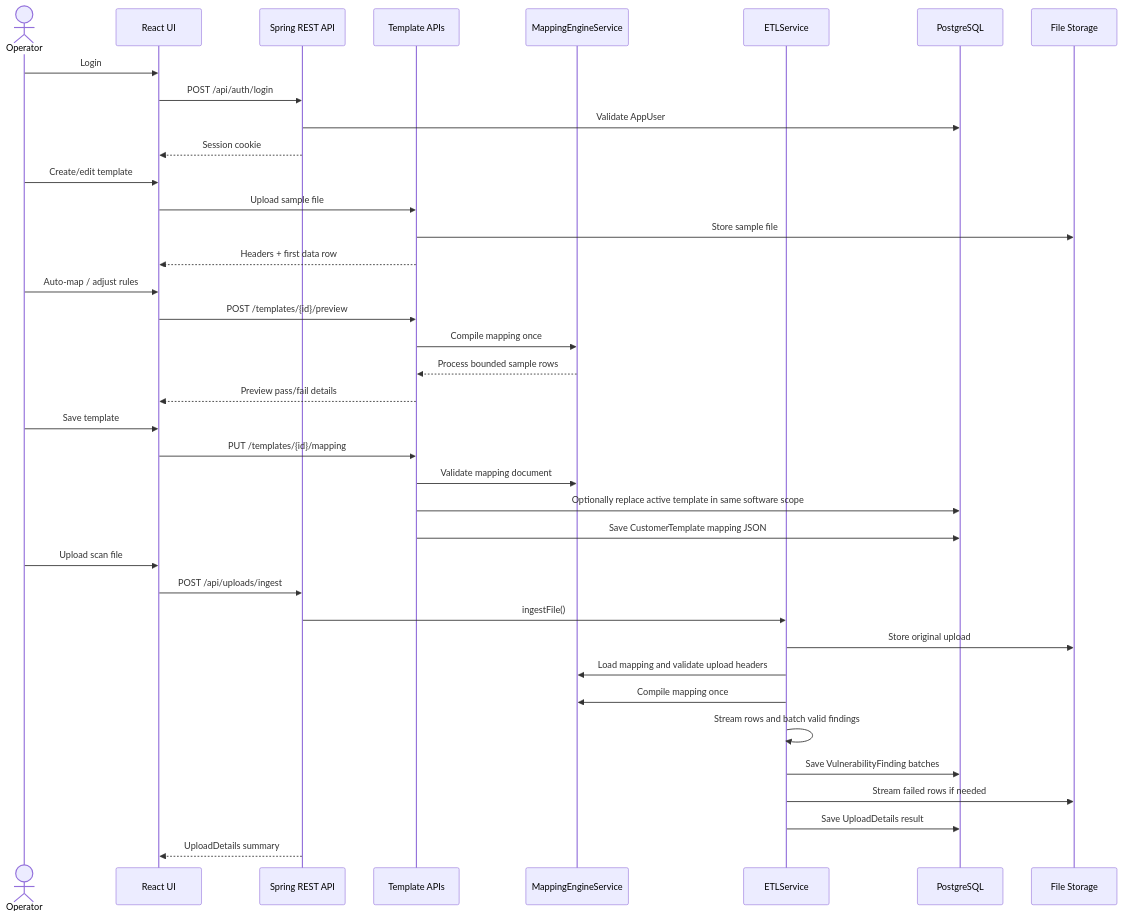
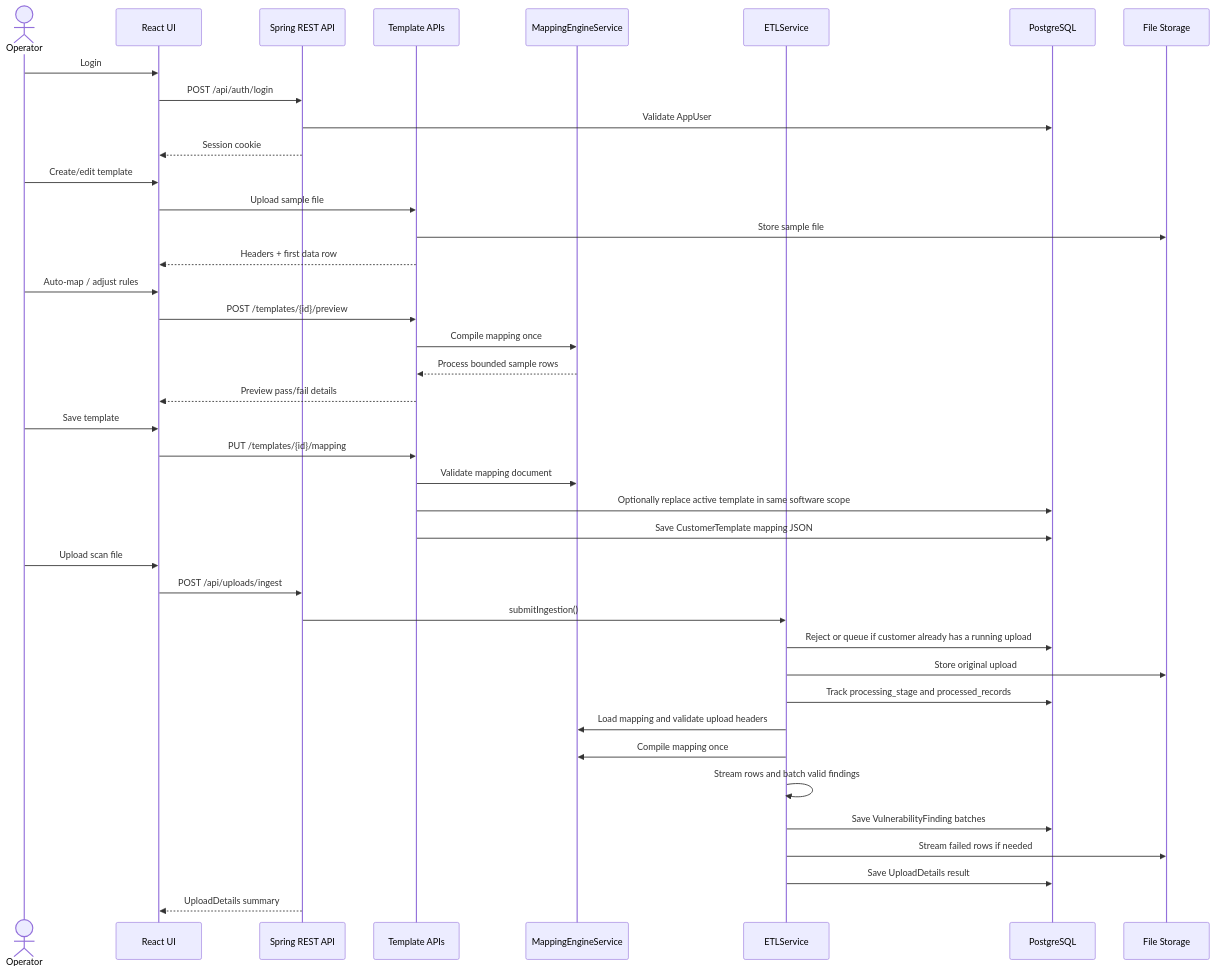
Before and after one commit to selva-czs/SecVulManager: the second of 7 diagrams in ARCHITECTURE_AND_INGESTION_FLOW.md, drawn with Mermaid. The commit also changed other lines of this file and 74 other files, not shown here.

Commit message:
Ui changes dashboard, mandatory fields, save view filters, DB corrections, Fixed upload issues and converstiosn for boolean and date format errors, error file download , optimization of backend flow by staged functional executions one by one

````diff
--- a/ARCHITECTURE_AND_INGESTION_FLOW.md
+++ b/ARCHITECTURE_AND_INGESTION_FLOW.md
@@ -49,45 +50,47 @@
 ```mermaid
 sequenceDiagram
   actor Operator
   participant UI as React UI
   participant API as Spring REST API
   participant Template as Template APIs
   participant Engine as MappingEngineService
   participant ETL as ETLService
   participant DB as PostgreSQL
   participant FS as File Storage
 
   Operator->>UI: Login
   UI->>API: POST /api/auth/login
   API->>DB: Validate AppUser
   API-->>UI: Session cookie
 
   Operator->>UI: Create/edit template
   UI->>Template: Upload sample file
   Template->>FS: Store sample file
   Template-->>UI: Headers + first data row
 
   Operator->>UI: Auto-map / adjust rules
   UI->>Template: POST /templates/{id}/preview
   Template->>Engine: Compile mapping once
   Engine-->>Template: Process bounded sample rows
   Template-->>UI: Preview pass/fail details
 
   Operator->>UI: Save template
   UI->>Template: PUT /templates/{id}/mapping
   Template->>Engine: Validate mapping document
   Template->>DB: Optionally replace active template in same software scope
   Template->>DB: Save CustomerTemplate mapping JSON
 
   Operator->>UI: Upload scan file
   UI->>API: POST /api/uploads/ingest
-  API->>ETL: ingestFile()
+  API->>ETL: submitIngestion()
+  ETL->>DB: Reject or queue if customer already has a running upload
   ETL->>FS: Store original upload
+  ETL->>DB: Track processing_stage and processed_records
   ETL->>Engine: Load mapping and validate upload headers
   ETL->>Engine: Compile mapping once
   ETL->>ETL: Stream rows and batch valid findings
   ETL->>DB: Save VulnerabilityFinding batches
   ETL->>FS: Stream failed rows if needed
   ETL->>DB: Save UploadDetails result
   API-->>UI: UploadDetails summary
 ```
````
